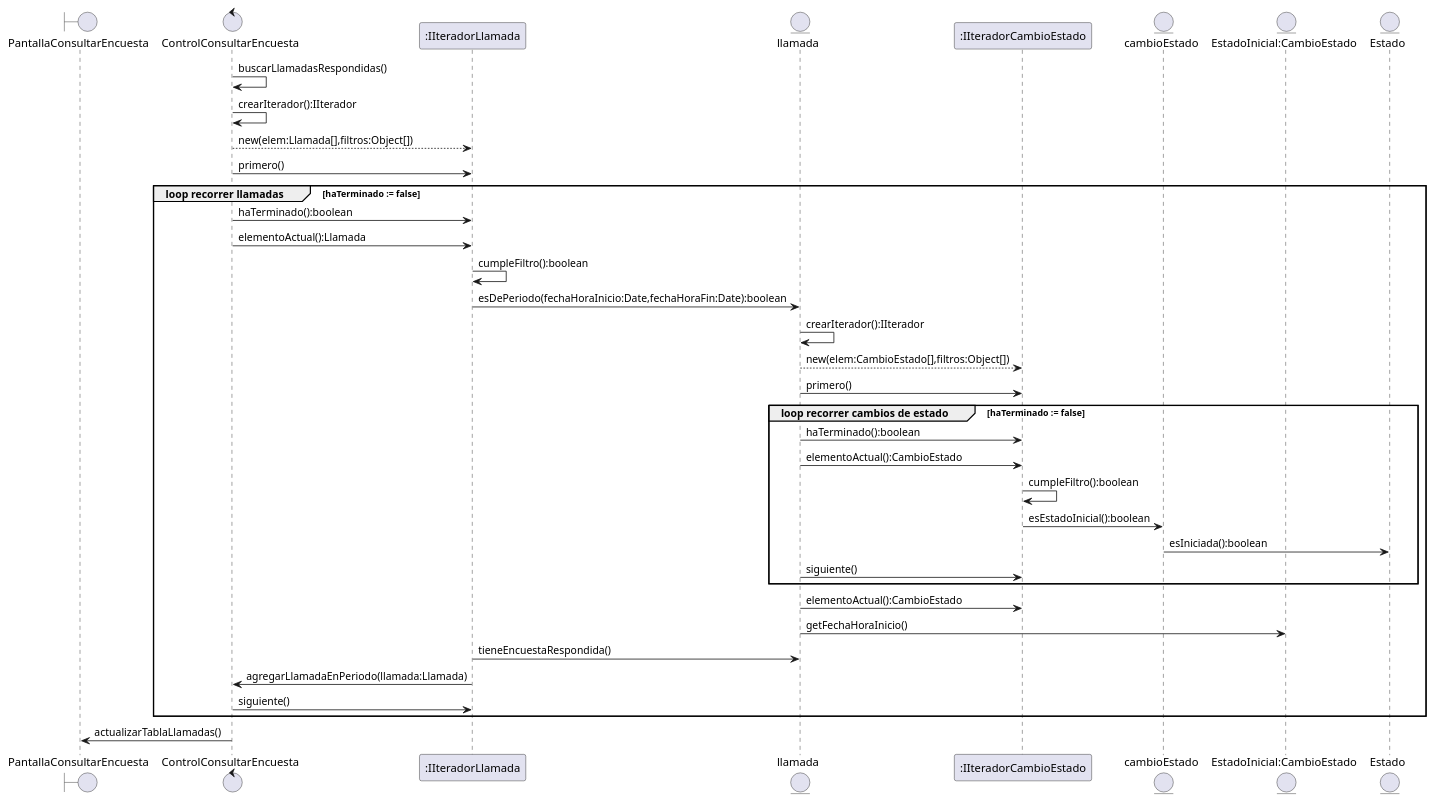
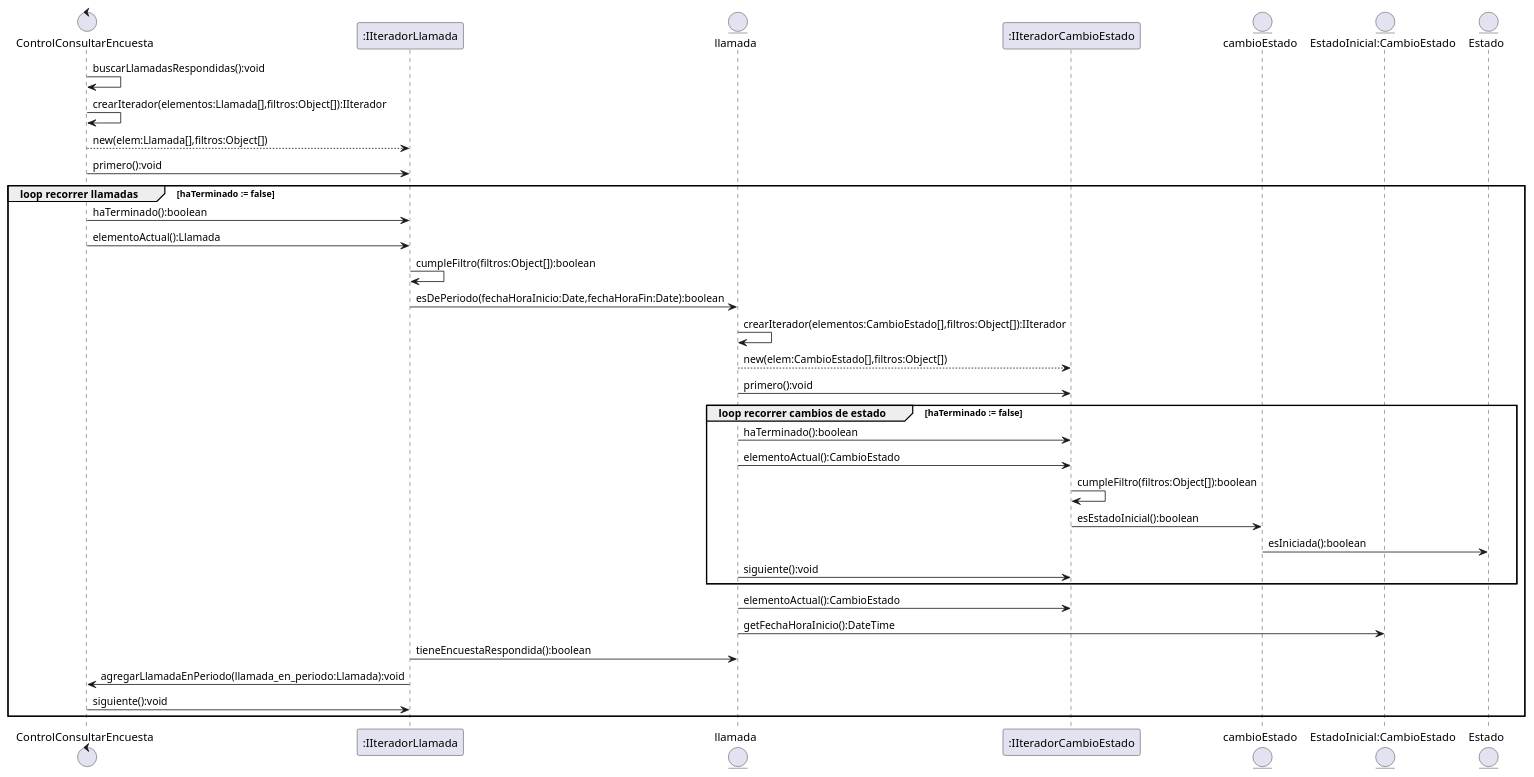
Before and after one commit to ReynaTeodoro/2023DSI: the diagram in PPAI/entrega3/cu44 ConsultarEncuesta.puml, drawn with PlantUML. The commit also changed 3 other files, not shown here.

Commit message:
Diagramas Consistentes con el codigo

```diff
--- a/PPAI/entrega3/cu44 ConsultarEncuesta.puml
+++ b/PPAI/entrega3/cu44 ConsultarEncuesta.puml
@@ -1,39 +1,37 @@
 @startuml
-boundary PantallaConsultarEncuesta as pa
 control ControlConsultarEncuesta as ge
 participant ":IIteradorLlamada" as ill
 entity llamada as ll
 participant ":IIteradorCambioEstado" as ilc
 entity cambioEstado as ce
 entity "EstadoInicial:CambioEstado" as ice
 entity Estado as e
 
-ge -> ge: buscarLlamadasRespondidas()
-ge -> ge: crearIterador():IIterador
+ge -> ge: buscarLlamadasRespondidas():void
+ge -> ge: crearIterador(elementos:Llamada[],filtros:Object[]):IIterador
 ge --> ill: new(elem:Llamada[],filtros:Object[])
-ge -> ill: primero()
+ge -> ill: primero():void
 group loop recorrer llamadas [haTerminado := false]
 ge -> ill: haTerminado():boolean
 ge -> ill: elementoActual():Llamada
-ill -> ill: cumpleFiltro():boolean
+ill -> ill: cumpleFiltro(filtros:Object[]):boolean
 ill -> ll: esDePeriodo(fechaHoraInicio:Date,fechaHoraFin:Date):boolean
-ll -> ll: crearIterador():IIterador
+ll -> ll: crearIterador(elementos:CambioEstado[],filtros:Object[]):IIterador
 ll --> ilc: new(elem:CambioEstado[],filtros:Object[])
-ll -> ilc: primero()
+ll -> ilc: primero():void
 group loop recorrer cambios de estado [haTerminado := false]
 ll -> ilc: haTerminado():boolean
 ll -> ilc: elementoActual():CambioEstado
-ilc -> ilc: cumpleFiltro():boolean
+ilc -> ilc: cumpleFiltro(filtros:Object[]):boolean
 ilc -> ce: esEstadoInicial():boolean
 ce -> e: esIniciada():boolean
-ll -> ilc: siguiente()
+ll -> ilc: siguiente():void
 end
 ll ->ilc: elementoActual():CambioEstado
-ll -> ice: getFechaHoraInicio()
-ill -> ll: tieneEncuestaRespondida()
-ill -> ge: agregarLlamadaEnPeriodo(llamada:Llamada)
-ge -> ill: siguiente()
+ll -> ice: getFechaHoraInicio():DateTime
+ill -> ll: tieneEncuestaRespondida():boolean
+ill -> ge: agregarLlamadaEnPeriodo(llamada_en_periodo:Llamada):void
+ge -> ill: siguiente():void
 end
-ge -> pa: actualizarTablaLlamadas()
 
 @enduml
```
